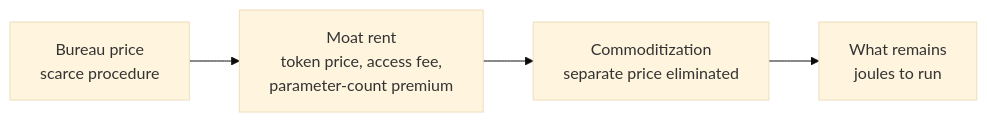
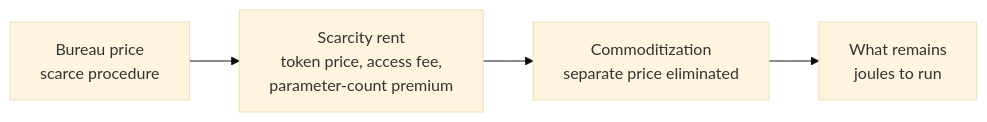
Before and after one commit to openIE-dev/research-openie-web: the diagram in src/content/papers/spellcheck.md, drawn with Mermaid (base theme). The commit also changed other lines of this file and 3 other files, not shown here.

````diff
--- a/src/content/papers/spellcheck.md
+++ b/src/content/papers/spellcheck.md
@@ -186,8 +154,8 @@
 ```mermaid
 flowchart LR
   B["Bureau price<br/>scarce procedure"]
-  M["Moat rent<br/>token price, access fee,<br/>parameter-count premium"]
+  M["Scarcity rent<br/>token price, access fee,<br/>parameter-count premium"]
   C["Commoditization<br/>separate price eliminated"]
   J["What remains<br/>joules to run"]
   B --> M --> C --> J
 ```
````
